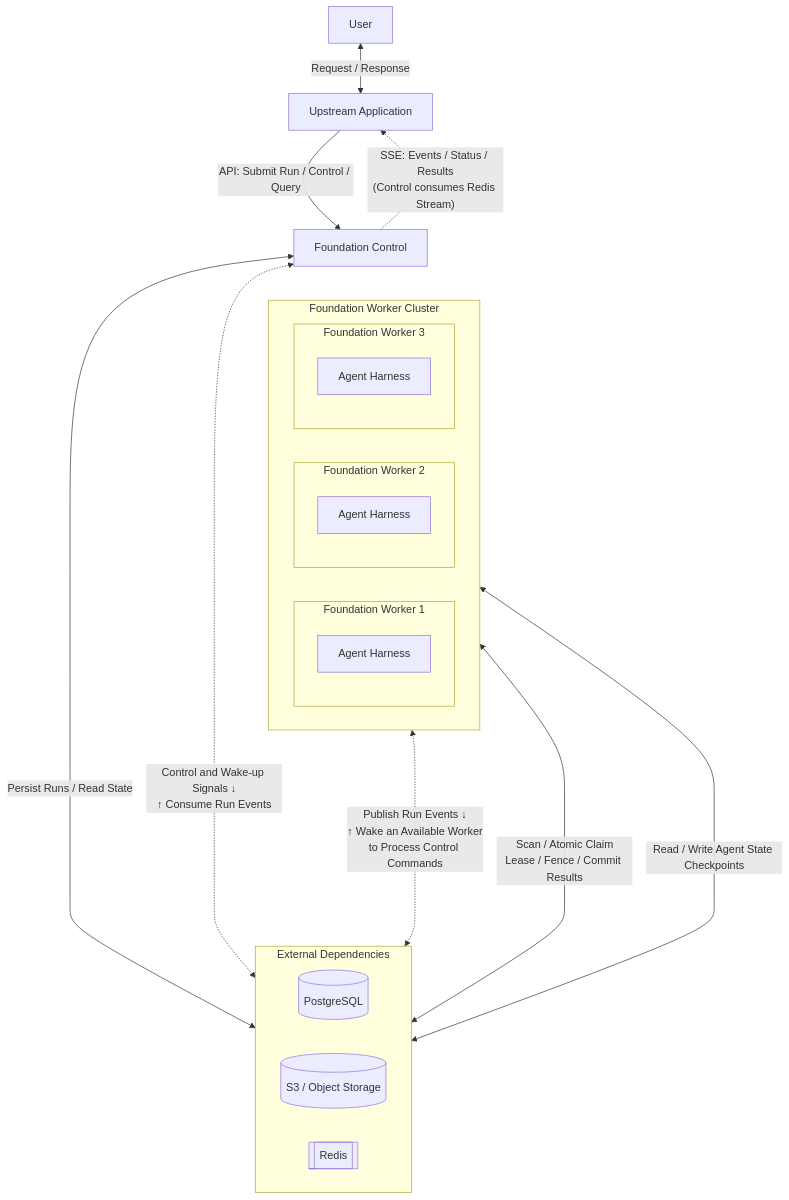
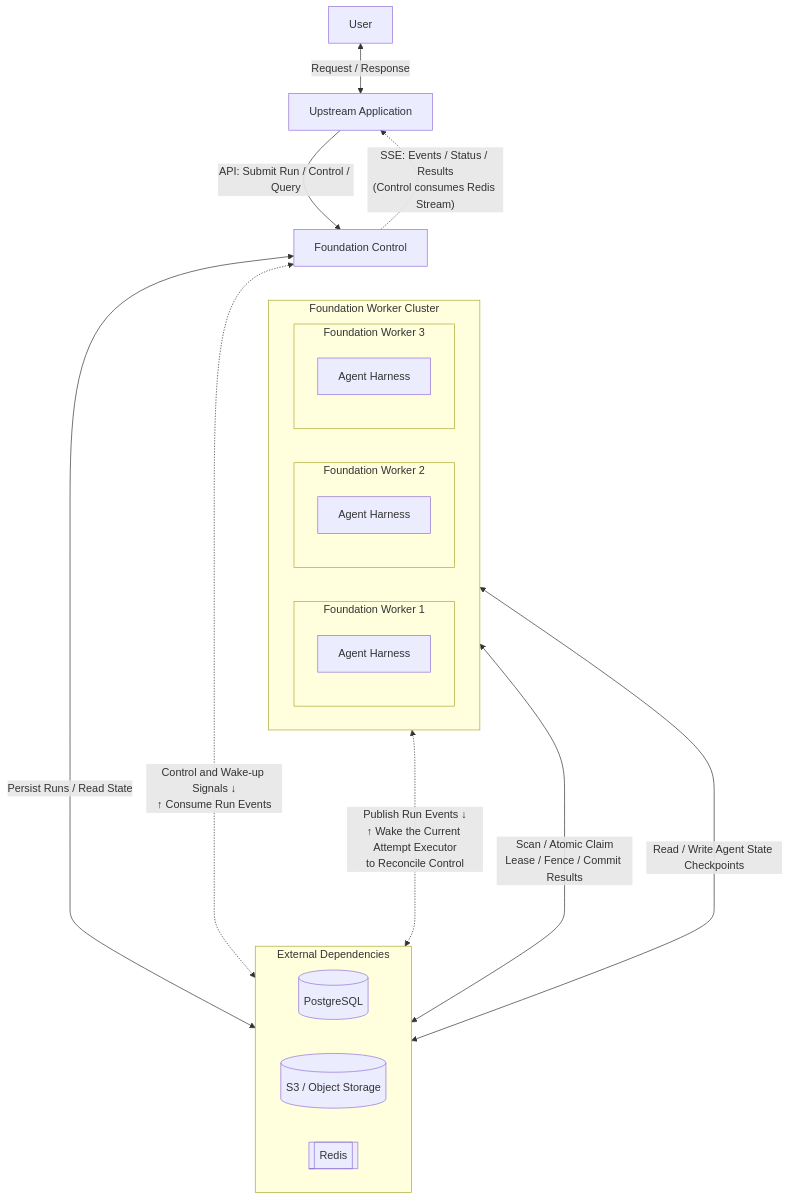
One commit to converge-ai-labs/agent-foundation changed the second of 5 diagrams in spec/foundation-service/00-overview.md. Above: the diagram before and after it, drawn with Mermaid. The commit also changed other lines of this file and 21 other files, not shown here.

Commit message:
Refine agent foundation architecture and documentation

````diff
--- a/spec/foundation-service/00-overview.md
+++ b/spec/foundation-service/00-overview.md
@@ -88,53 +90,53 @@
 ```mermaid
 flowchart TB
     User["User"]
     Upstream["Upstream Application"]
     Control["Foundation Control"]
 
     subgraph Workers["Foundation Worker Cluster"]
         direction LR
 
         subgraph Worker1["Foundation Worker 1"]
             Harness1["Agent Harness"]
         end
 
         subgraph Worker2["Foundation Worker 2"]
             Harness2["Agent Harness"]
         end
 
         subgraph Worker3["Foundation Worker 3"]
             Harness3["Agent Harness"]
         end
     end
 
     subgraph Dependencies["External Dependencies"]
         direction LR
 
         PG[("PostgreSQL")]
         S3[("S3 / Object Storage")]
         Redis[["Redis"]]
     end
 
     User <-->|"Request / Response"| Upstream
 
     Upstream -->|"API: Submit Run / Control / Query"| Control
     Control -.->|"SSE: Events / Status / Results<br/>(Control consumes Redis Stream)"| Upstream
 
     Control ~~~ Worker1
     Control ~~~ Worker2
     Control ~~~ Worker3
 
     Worker1 ~~~ PG
     Worker2 ~~~ S3
     Worker3 ~~~ Redis
 
     Control <-->|"Persist Runs / Read State"| PG
 
     Control <-...->|"Control and Wake-up Signals ↓<br/>↑ Consume Run Events"| Redis
 
-    Workers <-...->|"Publish Run Events ↓<br/>↑ Wake an Available Worker<br/>to Process Control Commands"| Redis
+    Workers <-...->|"Publish Run Events ↓<br/>↑ Wake the Current Attempt Executor<br/>to Reconcile Control"| Redis
 
     Workers <-->|"Scan / Atomic Claim<br/>Lease / Fence / Commit Results"| PG
 
     Workers <-->|"Read / Write Agent State Checkpoints"| S3
 ```
````
